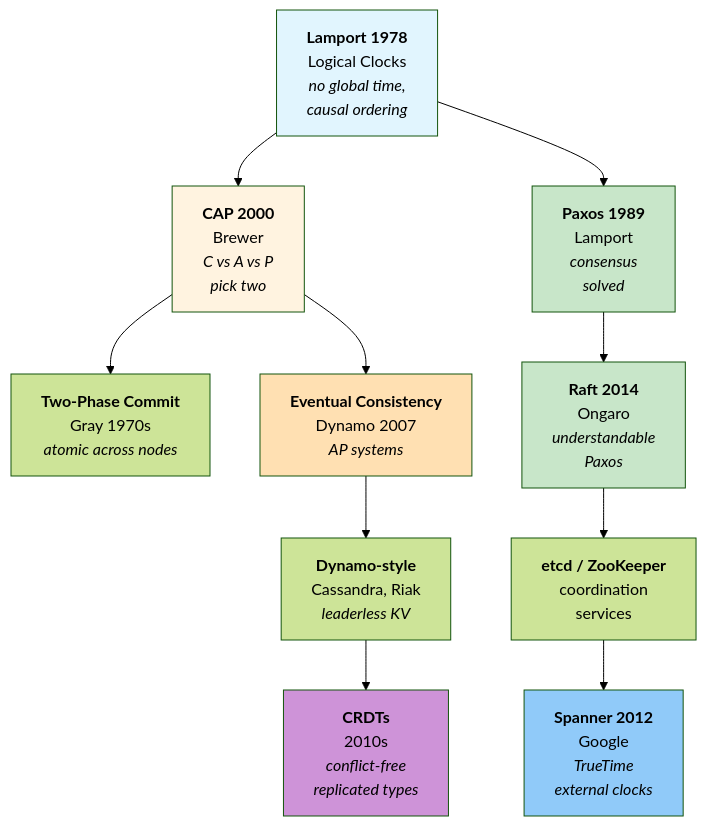
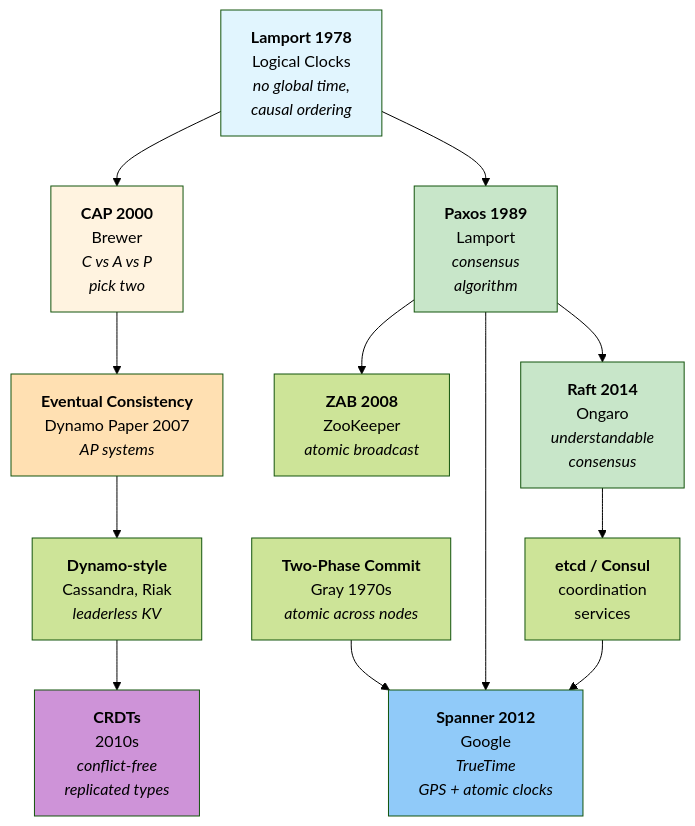
The first of 4 diagrams in docs/topics/distributed/index.md (akardapolov/software-atlas), drawn with Mermaid (forest theme) before and after one commit. The commit also changed other lines of this file and 1 other file, not shown here.

````diff
--- a/docs/topics/distributed/index.md
+++ b/docs/topics/distributed/index.md
@@ -13,30 +13,34 @@
 ```mermaid
 flowchart TD
     Foundation["<b>Lamport 1978</b><br/>Logical Clocks<br/><i>no global time,<br/>causal ordering</i>"]
 
+    TwoPC["<b>Two-Phase Commit</b><br/>Gray 1970s<br/><i>atomic across nodes</i>"]
+
     Foundation --> CAP["<b>CAP 2000</b><br/>Brewer<br/><i>C vs A vs P<br/>pick two</i>"]
 
-    Foundation --> Paxos["<b>Paxos 1989</b><br/>Lamport<br/><i>consensus<br/>solved</i>"]
+    Foundation --> Paxos["<b>Paxos 1989</b><br/>Lamport<br/><i>consensus<br/>algorithm</i>"]
 
-    CAP --> TwoPC["<b>Two-Phase Commit</b><br/>Gray 1970s<br/><i>atomic across nodes</i>"]
+    CAP --> Eventual["<b>Eventual Consistency</b><br/>Dynamo Paper 2007<br/><i>AP systems</i>"]
 
-    CAP --> Eventual["<b>Eventual Consistency</b><br/>Dynamo 2007<br/><i>AP systems</i>"]
+    Paxos --> ZAB["<b>ZAB 2008</b><br/>ZooKeeper<br/><i>atomic broadcast</i>"]
 
-    Paxos --> Raft["<b>Raft 2014</b><br/>Ongaro<br/><i>understandable<br/>Paxos</i>"]
+    Paxos --> Raft["<b>Raft 2014</b><br/>Ongaro<br/><i>understandable<br/>consensus</i>"]
 
-    Raft --> etcd["<b>etcd / ZooKeeper</b><br/>coordination<br/>services"]
+    Raft --> etcd["<b>etcd / Consul</b><br/>coordination<br/>services"]
+
+    TwoPC --> Spanner["<b>Spanner 2012</b><br/>Google<br/><i>TrueTime<br/>GPS + atomic clocks</i>"]
+    Paxos --> Spanner
+    etcd --> Spanner
 
     Eventual --> Dynamo["<b>Dynamo-style</b><br/>Cassandra, Riak<br/><i>leaderless KV</i>"]
-
-    etcd --> Spanner["<b>Spanner 2012</b><br/>Google<br/><i>TrueTime<br/>external clocks</i>"]
 
     Dynamo --> CRDT["<b>CRDTs</b><br/>2010s<br/><i>conflict-free<br/>replicated types</i>"]
 
     style Foundation fill:#e1f5fe
     style Paxos fill:#c8e6c9
     style Raft fill:#c8e6c9
     style CAP fill:#fff3e0
     style Eventual fill:#ffe0b2
     style Spanner fill:#90caf9
     style CRDT fill:#ce93d8
 ```
````
